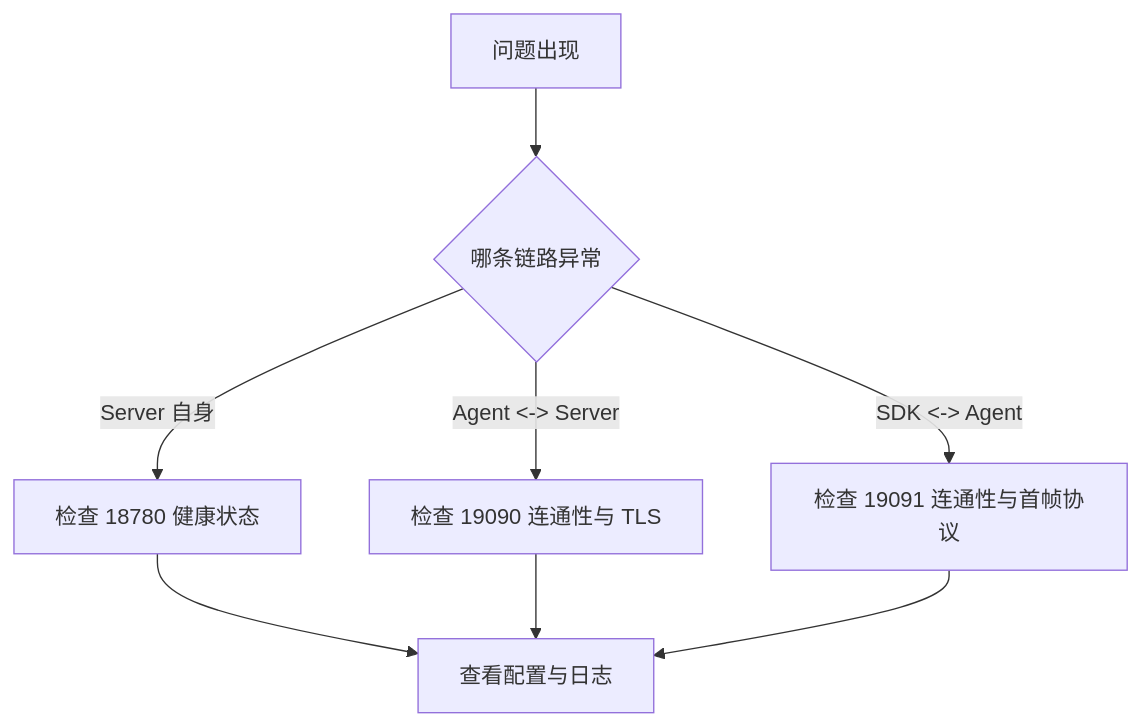
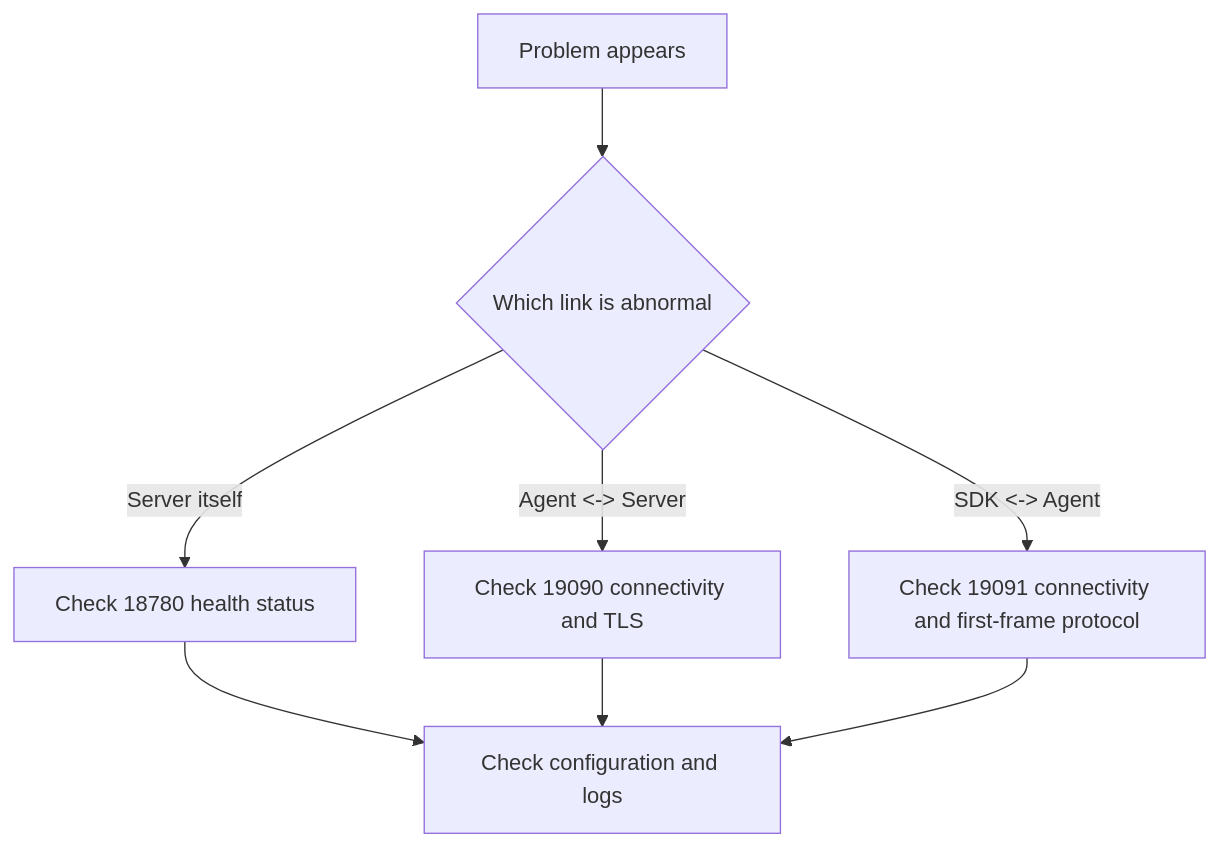
One commit to cuihairu/croupier changed the diagram in docs/operations/troubleshooting.md. Above: the diagram before and after it, drawn with Mermaid. The commit also changed other lines of this file and 24 other files, not shown here.

````diff
--- a/docs/operations/troubleshooting.md
+++ b/docs/operations/troubleshooting.md
@@ -25,10 +25,10 @@
 ```mermaid
 graph TD
-    A[问题出现] --> B{哪条链路异常}
-    B -->|Server 自身| C[检查 18780 健康状态]
-    B -->|Agent <-> Server| D[检查 19090 连通性与 TLS]
-    B -->|SDK <-> Agent| E[检查 19091 连通性与首帧协议]
-    C --> F[查看配置与日志]
+    A[Problem appears] --> B{Which link is abnormal}
+    B -->|Server itself| C[Check 18780 health status]
+    B -->|Agent <-> Server| D[Check 19090 connectivity and TLS]
+    B -->|SDK <-> Agent| E[Check 19091 connectivity and first-frame protocol]
+    C --> F[Check configuration and logs]
     D --> F
     E --> F
 ```
````
